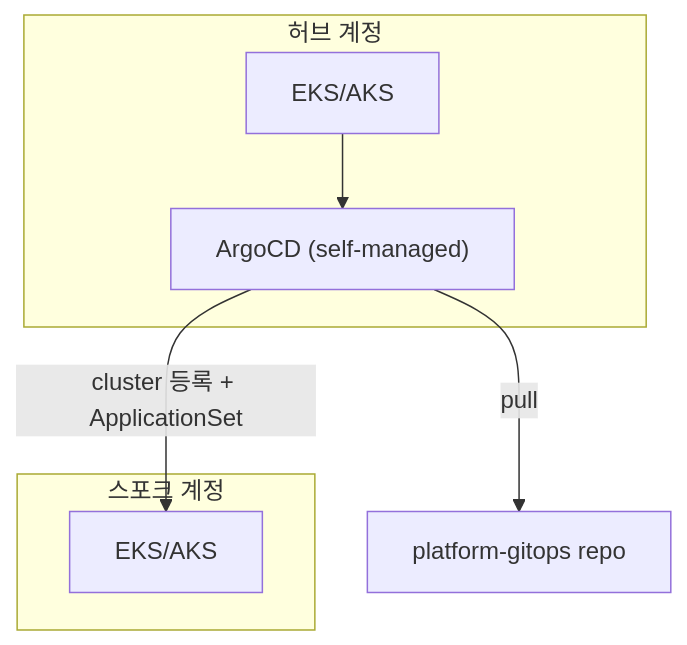
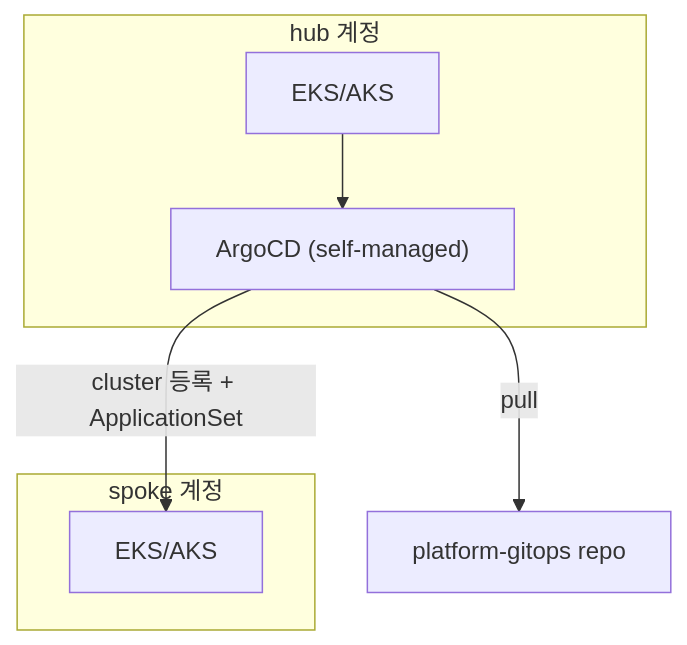
The second of 2 diagrams in presentations/ai-iac-asset-library.md (skax-ca/iac-module-library), drawn with Mermaid before and after one commit. The commit also changed other lines of this file and 1 other file, not shown here.

````diff
--- a/presentations/ai-iac-asset-library.md
+++ b/presentations/ai-iac-asset-library.md
@@ -60,11 +60,11 @@
 ```mermaid
 flowchart TB
-    subgraph HUB["허브 계정"]
+    subgraph HUB["hub 계정"]
         HEKS["EKS/AKS"] --> ARGOCD["ArgoCD (self-managed)"]
     end
-    subgraph SPOKE["스포크 계정"]
+    subgraph SPOKE["spoke 계정"]
         SEKS["EKS/AKS"]
     end
     ARGOCD -- "cluster 등록 + ApplicationSet" --> SEKS
     ARGOCD -- "pull" --> GITOPS["platform-gitops repo"]
 ```
````
